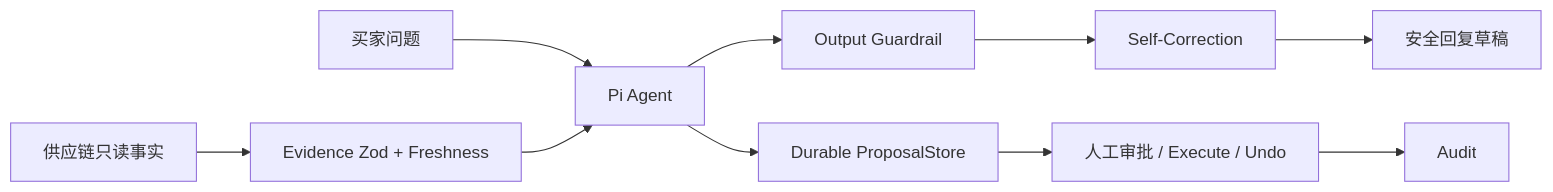
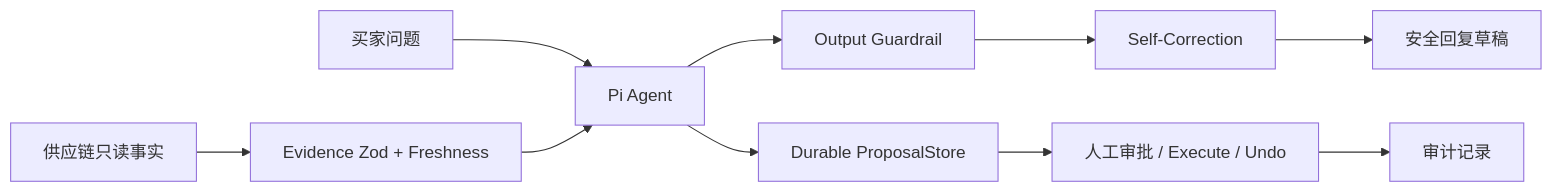
One commit to fengyue-xve/commerce-crm-agent changed the diagram in README.md. Above: the diagram before and after it, drawn with Mermaid. The commit also changed other lines of this file and 17 other files, not shown here.

```diff
--- a/README.md
+++ b/README.md
@@ -9,12 +7,12 @@
 ~~~mermaid
 flowchart LR
   S[供应链只读事实] --> E[Evidence Zod + Freshness]
   Q[买家问题] --> P[Pi Agent]
   E --> P
   P --> G[Output Guardrail]
   G --> C[Self-Correction]
   C --> D[安全回复草稿]
   P --> PS[Durable ProposalStore]
   PS --> H[人工审批 / Execute / Undo]
-  H --> AU[Audit]
+  H --> AU[审计记录]
 ~~~
```
